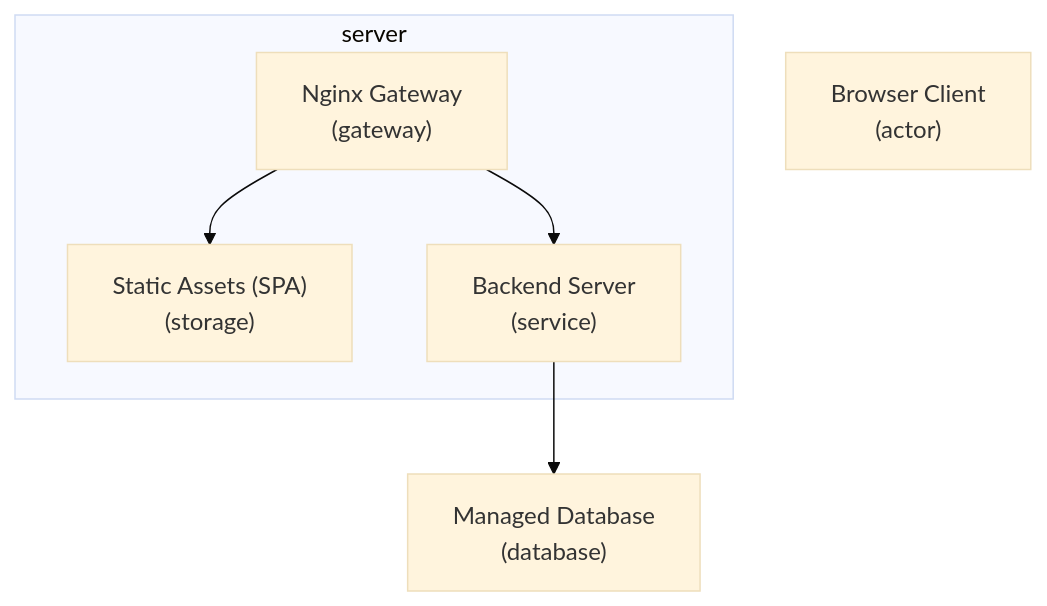
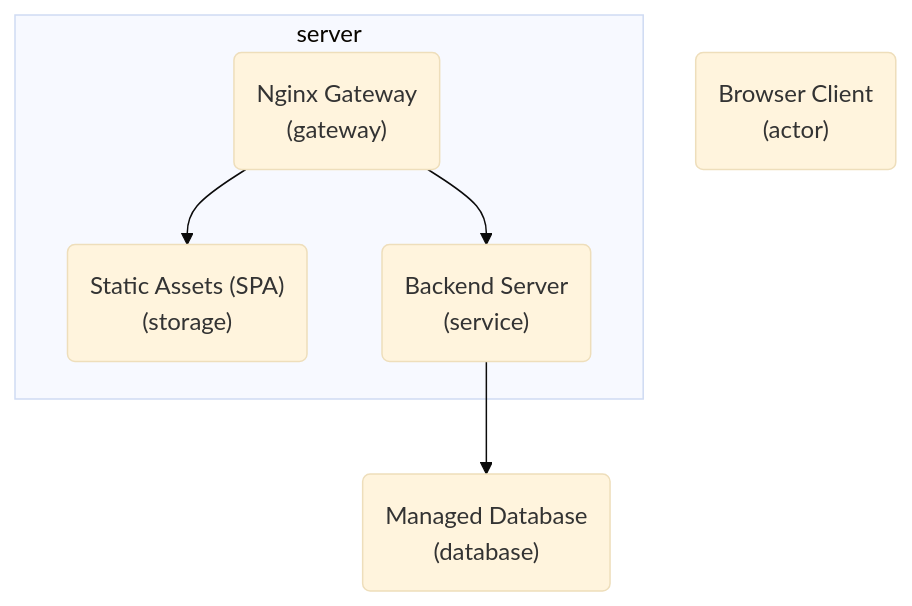
One commit to casualuser/casualuser.github.io changed the diagram in _site/docs/blueprints/smb-vm-spa.mmd. Above: the diagram before and after it, drawn with Mermaid (base theme). The commit also changed 17 other files, not shown here.

Commit message:
refactor: update Mermaid diagram node syntax from square brackets to parentheses.

```diff
--- a/_site/docs/blueprints/smb-vm-spa.mmd
+++ b/_site/docs/blueprints/smb-vm-spa.mmd
@@ -1,15 +1,15 @@
 %% Autogenerated smb-vm-spa
 graph TD
-  user["Browser Client<br/>(actor)"]
-  nginx["Nginx Gateway<br/>(gateway)"]
-  frontend["Static Assets (SPA)<br/>(storage)"]
-  backend["Backend Server<br/>(service)"]
-  db["Managed Database<br/>(database)"]
+  user("Browser Client<br/>(actor)")
+  nginx("Nginx Gateway<br/>(gateway)")
+  frontend("Static Assets (SPA)<br/>(storage)")
+  backend("Backend Server<br/>(service)")
+  db("Managed Database<br/>(database)")
   nginx --> frontend
   nginx --> backend
   backend --> db
   subgraph server
     nginx
     frontend
     backend
   end
```
